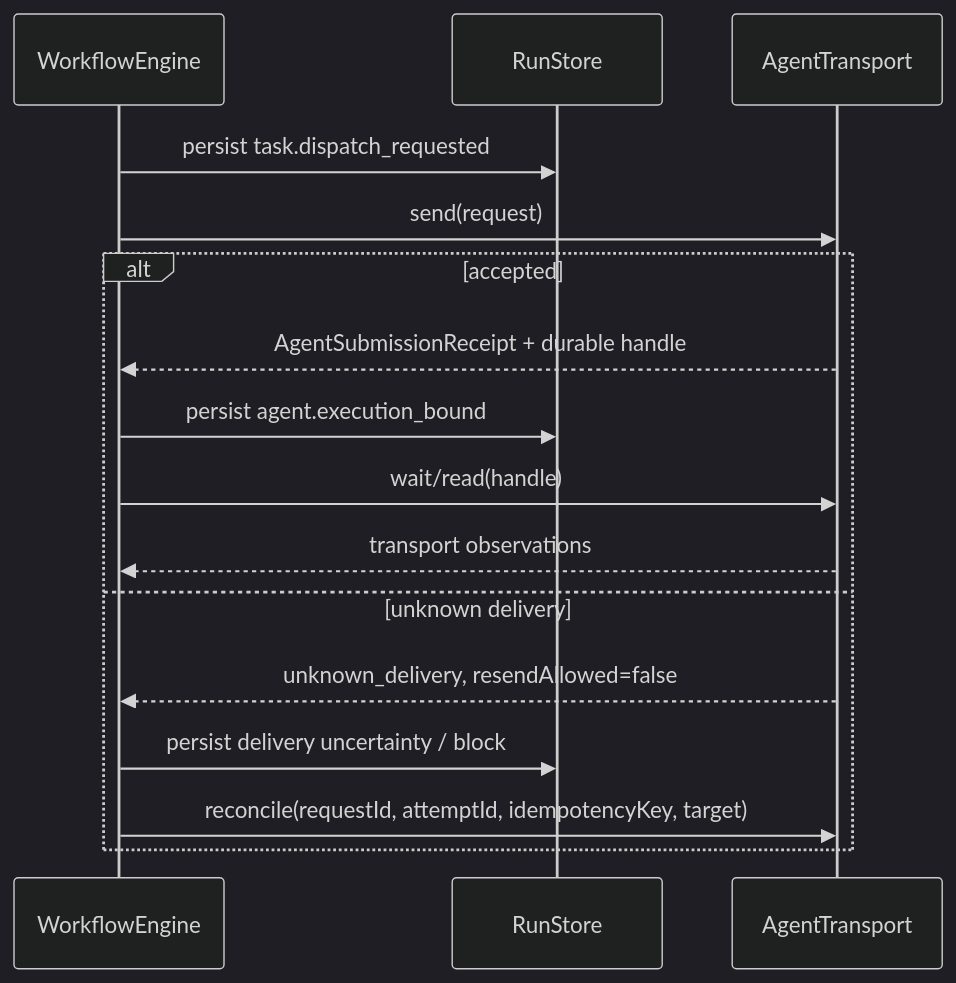
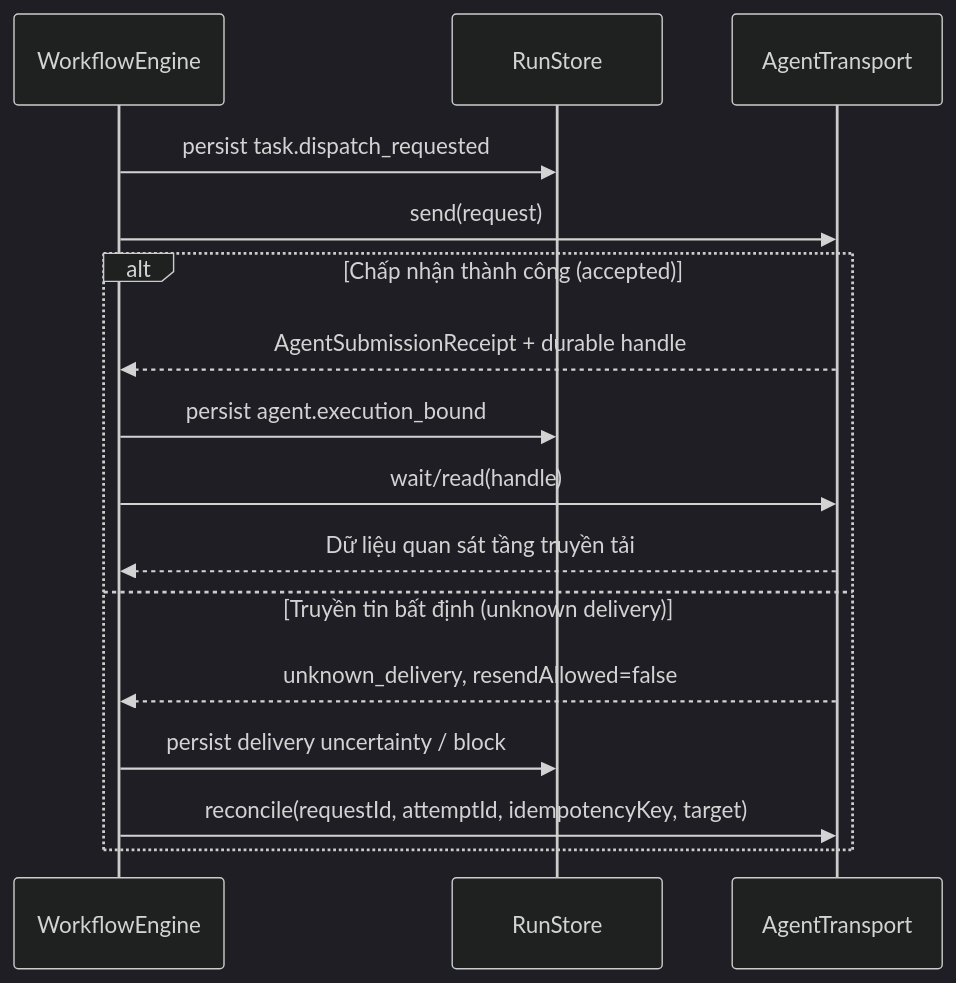
The second of 2 diagrams in docs/architecture.md (qxbao/bflow), drawn with Mermaid (dark theme) before and after one commit. The commit also changed other lines of this file and 21 other files, not shown here.

````diff
--- a/docs/architecture.md
+++ b/docs/architecture.md
@@ -42,18 +47,18 @@
 ```mermaid
 sequenceDiagram
   participant E as WorkflowEngine
   participant S as RunStore
   participant T as AgentTransport
   E->>S: persist task.dispatch_requested
   E->>T: send(request)
-  alt accepted
+  alt Chấp nhận thành công (accepted)
     T-->>E: AgentSubmissionReceipt + durable handle
     E->>S: persist agent.execution_bound
     E->>T: wait/read(handle)
-    T-->>E: transport observations
-  else unknown delivery
+    T-->>E: Dữ liệu quan sát tầng truyền tải
+  else Truyền tin bất định (unknown delivery)
     T-->>E: unknown_delivery, resendAllowed=false
     E->>S: persist delivery uncertainty / block
     E->>T: reconcile(requestId, attemptId, idempotencyKey, target)
   end
 ```
````
